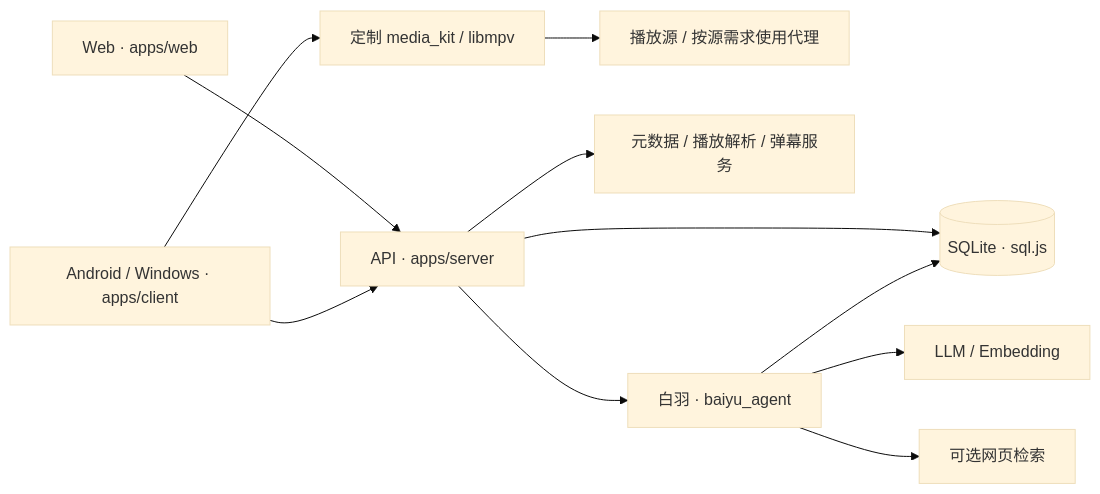
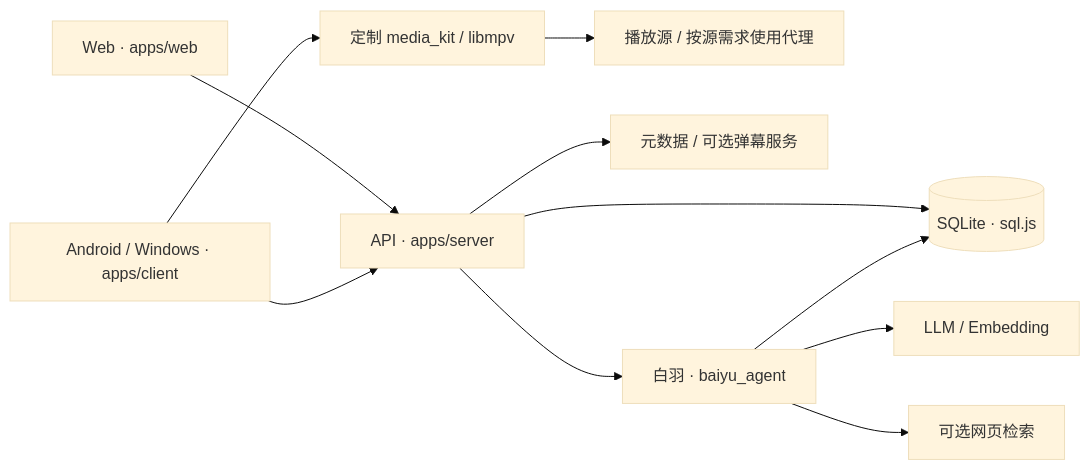
One commit to Yuuki-Asuna233/AniWorld changed the diagram in README.md. Above: the diagram before and after it, drawn with Mermaid (base theme). The commit also changed other lines of this file and 32 other files, not shown here.

````diff
--- a/README.md
+++ b/README.md
@@ -84,13 +92,13 @@
 ```mermaid
 flowchart LR
     WEB["Web · apps/web"] --> API["API · apps/server"]
     APP["Android / Windows · apps/client"] --> API
     APP --> PLAYER["定制 media_kit / libmpv"]
     PLAYER --> MEDIA["播放源 / 按源需求使用代理"]
     API --> DB[("SQLite · sql.js")]
-    API --> META["元数据 / 播放解析 / 弹幕服务"]
+    API --> META["元数据 / 可选弹幕服务"]
     API --> AGENT["白羽 · baiyu_agent"]
     AGENT --> MODEL["LLM / Embedding"]
     AGENT --> DB
     AGENT --> SEARCH["可选网页检索"]
 ```
````
